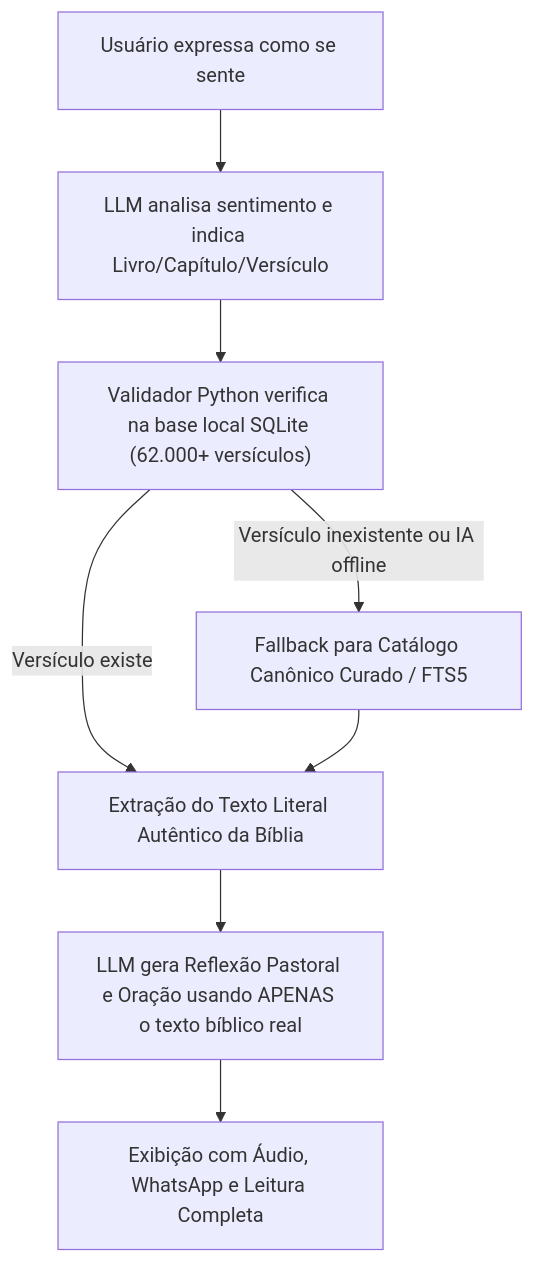
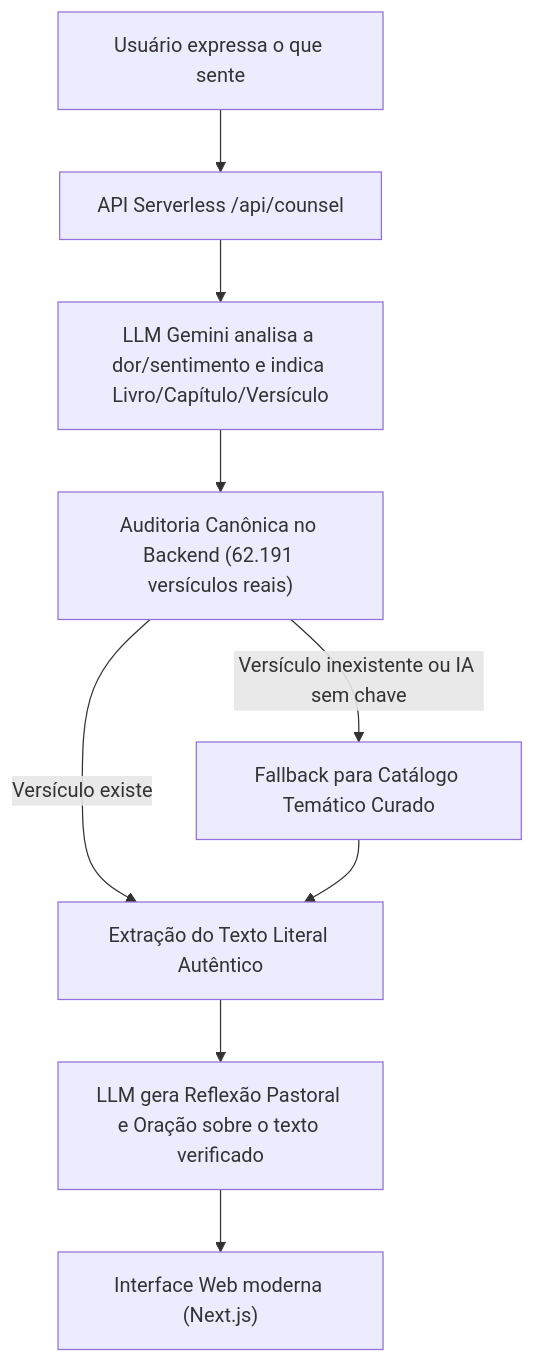
The diagram in README.md (cassioancn/palavra-viva), drawn with Mermaid before and after one commit. The commit also changed other lines of this file and 31 other files, not shown here.

Commit message:
feat: complete Next.js website for Palavra Viva with zero-hallucination Bible grounding, serverless API, Vercel support and modern spiritual UI

````diff
--- a/README.md
+++ b/README.md
@@ -27,10 +26,11 @@
 ```mermaid
 flowchart TD
-    A["Usuário expressa como se sente"] --> B["LLM analisa sentimento e indica Livro/Capítulo/Versículo"]
-    B --> C["Validador Python verifica na base local SQLite (62.000+ versículos)"]
-    C -->|Versículo existe| D["Extração do Texto Literal Autêntico da Bíblia"]
-    C -->|Versículo inexistente ou IA offline| E["Fallback para Catálogo Canônico Curado / FTS5"]
-    E --> D
-    D --> F["LLM gera Reflexão Pastoral e Oração usando APENAS o texto bíblico real"]
-    F --> G["Exibição com Áudio, WhatsApp e Leitura Completa"]
+    A["Usuário expressa o que sente"] --> B["API Serverless /api/counsel"]
+    B --> C["LLM Gemini analisa a dor/sentimento e indica Livro/Capítulo/Versículo"]
+    C --> D["Auditoria Canônica no Backend (62.191 versículos reais)"]
+    D -->|Versículo existe| E["Extração do Texto Literal Autêntico"]
+    D -->|Versículo inexistente ou IA sem chave| F["Fallback para Catálogo Temático Curado"]
+    F --> E
+    E --> G["LLM gera Reflexão Pastoral e Oração sobre o texto verificado"]
+    G --> H["Interface Web moderna (Next.js)"]
 ```
````
